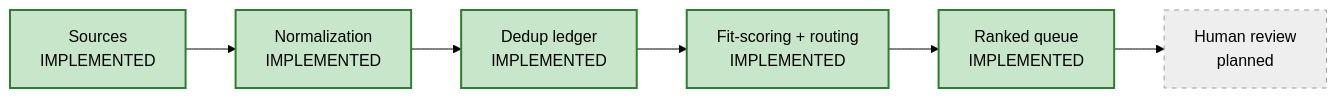
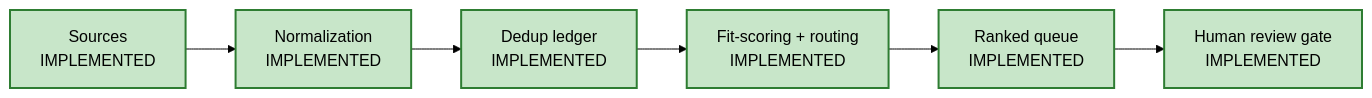
The diagram in README.md (ruhinpatel/job-discovery-pipeline), drawn with Mermaid (forest theme) before and after one commit.

Commit message:
README: architecture figure reflects the shipped human-review gate

````diff
--- a/README.md
+++ b/README.md
@@ -9,15 +9,15 @@
 ```mermaid
 flowchart LR
     A[Sources<br/>IMPLEMENTED] --> B[Normalization<br/>IMPLEMENTED]
     B --> C[Dedup ledger<br/>IMPLEMENTED]
     C --> D[Fit-scoring + routing<br/>IMPLEMENTED]
     D --> E[Ranked queue<br/>IMPLEMENTED]
-    E --> F[Human review<br/>planned]
+    E --> F[Human review gate<br/>IMPLEMENTED]
 
     style C fill:#c8e6c9,stroke:#2e7d32,stroke-width:2px
     style D fill:#c8e6c9,stroke:#2e7d32,stroke-width:2px
     style E fill:#c8e6c9,stroke:#2e7d32,stroke-width:2px
     style A fill:#c8e6c9,stroke:#2e7d32,stroke-width:2px
     style B fill:#c8e6c9,stroke:#2e7d32,stroke-width:2px
-    style F fill:#eeeeee,stroke:#9e9e9e,stroke-dasharray: 5 5
+    style F fill:#c8e6c9,stroke:#2e7d32,stroke-width:2px
 ```
````
